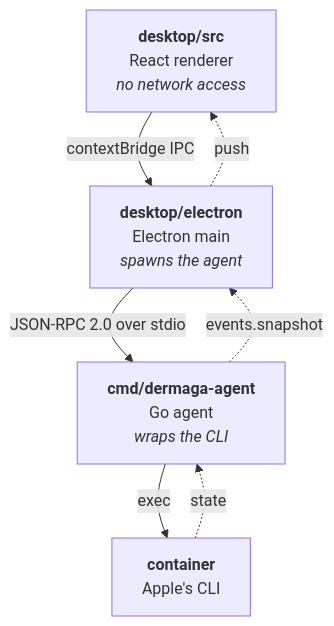
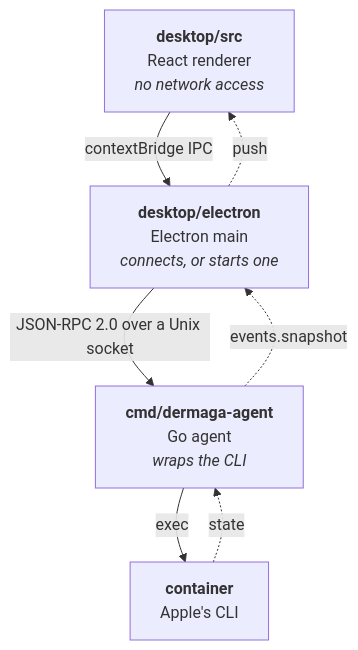
Before and after one commit to canks69/dermaga: the first of 2 diagrams in README.md, drawn with Mermaid. The commit also changed other lines of this file, not shown here.

First line of the commit message:
docs: no daemon by default, and one if you want it (#30)

````diff
--- a/README.md
+++ b/README.md
@@ -139,14 +152,14 @@
 ```mermaid
 flowchart TD
     R["<b>desktop/src</b><br/>React renderer<br/><i>no network access</i>"]
-    M["<b>desktop/electron</b><br/>Electron main<br/><i>spawns the agent</i>"]
+    M["<b>desktop/electron</b><br/>Electron main<br/><i>connects, or starts one</i>"]
     A["<b>cmd/dermaga-agent</b><br/>Go agent<br/><i>wraps the CLI</i>"]
     C["<b>container</b><br/>Apple's CLI"]
 
     R -- "contextBridge IPC" --> M
-    M -- "JSON-RPC 2.0 over stdio" --> A
+    M -- "JSON-RPC 2.0 over a Unix socket" --> A
     A -- "exec" --> C
     C -. "state" .-> A
     A -. "events.snapshot" .-> M
     M -. "push" .-> R
 ```
````
